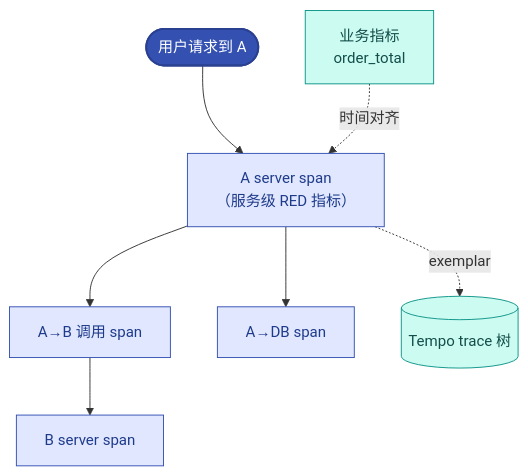
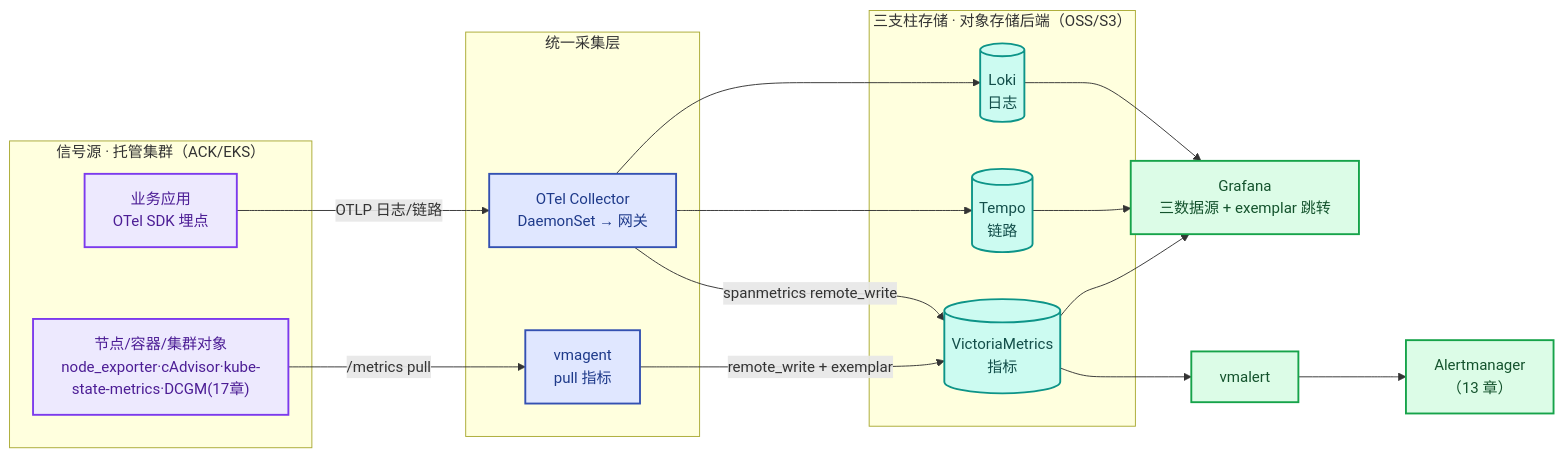
One commit to jackiesre721/ai-native-ops changed the diagram in docs/12-opentelemetry-observability.md. Above: the diagram before and after it, drawn with Mermaid. The commit also changed other lines of this file and 21 other files, not shown here.

````diff
--- a/docs/12-opentelemetry-observability.md
+++ b/docs/12-opentelemetry-observability.md
@@ -49,15 +645,36 @@
 ```mermaid
-flowchart TB
-    REQ([用户请求到 A]) --> A["A server span<br/>（服务级 RED 指标）"]
-    A --> AB["A→B 调用 span"]
-    A --> ADB["A→DB span"]
-    AB --> B["B server span"]
-    BIZ[业务指标<br/>order_total] -. 时间对齐 .-> A
-    A -. exemplar .-> TRACE[(Tempo trace 树)]
-    classDef start fill:#3451b2,color:#fff,stroke:#2a4090,stroke-width:2px
-    classDef proc fill:#e0e7ff,stroke:#3451b2,color:#1e3a8a
-    classDef data fill:#ccfbf1,stroke:#0d9488,color:#134e4a
-    class REQ start
-    class A,AB,ADB,B proc
-    class BIZ,TRACE data
+flowchart LR
+    subgraph SRC["信号源 · 托管集群（ACK/EKS）"]
+      APP["业务应用<br/>OTel SDK 埋点"]
+      K8S["节点/容器/集群对象<br/>node_exporter·cAdvisor·kube-state-metrics·DCGM(17章)"]
+    end
+    subgraph COL["统一采集层"]
+      VMA["vmagent<br/>pull 指标"]
+      GW["OTel Collector<br/>DaemonSet → 网关"]
+    end
+    subgraph STORE["三支柱存储 · 对象存储后端（OSS/S3）"]
+      VM[("VictoriaMetrics<br/>指标")]
+      LK[("Loki<br/>日志")]
+      TP[("Tempo<br/>链路")]
+    end
+    GF["Grafana<br/>三数据源 + exemplar 跳转"]
+    VA["vmalert"] --> AM["Alertmanager<br/>（13 章）"]
+    APP -->|"OTLP 日志/链路"| GW
+    K8S -->|"/metrics pull"| VMA
+    GW --> LK
+    GW --> TP
+    GW -->|"spanmetrics remote_write"| VM
+    VMA -->|"remote_write + exemplar"| VM
+    VM --> GF
+    LK --> GF
+    TP --> GF
+    VM --> VA
+    classDef src fill:#ede9fe,stroke:#7c3aed,color:#4c1d95,stroke-width:2px
+    classDef col fill:#e0e7ff,stroke:#3451b2,color:#1e3a8a,stroke-width:2px
+    classDef store fill:#ccfbf1,stroke:#0d9488,color:#134e4a,stroke-width:2px
+    classDef ui fill:#dcfce7,stroke:#16a34a,color:#14532d,stroke-width:2px
+    class APP,K8S src
+    class VMA,GW col
+    class VM,LK,TP store
+    class GF,VA,AM ui
 ```
````
